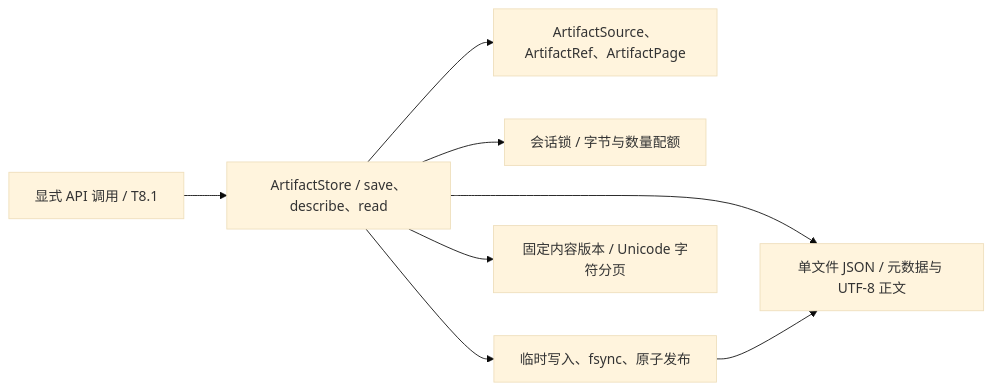
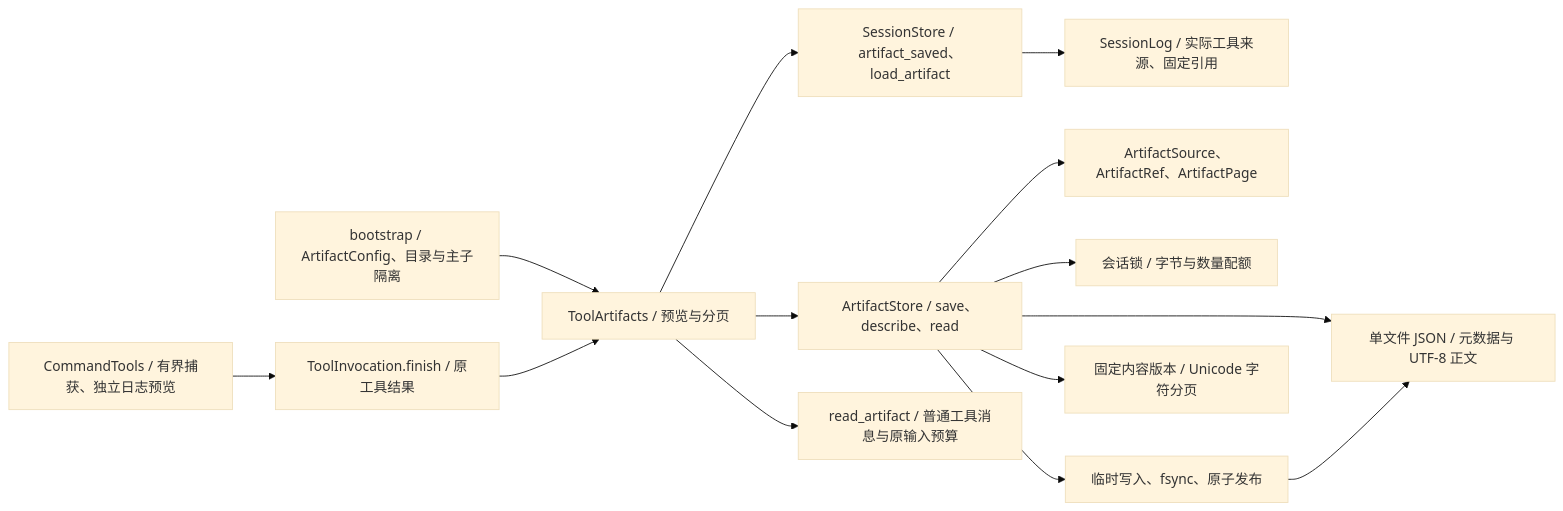
Before and after one commit to Plvltra/AdamAgent: the first of 21 diagrams in docs/architecture.md, drawn with Mermaid (base theme). The commit also changed other lines of this file and 24 other files, not shown here.

```diff
--- a/docs/architecture.md
+++ b/docs/architecture.md
@@ -13,10 +13,16 @@
 ~~~mermaid
 flowchart LR
-    ART_CALL["显式 API 调用 / T8.1"] --> ART_STORE["ArtifactStore / save、describe、read"]
+    ART_BOOT["bootstrap / ArtifactConfig、目录与主子隔离"] --> ART_SERVICE["ToolArtifacts / 预览与分页"]
+    ART_INV["ToolInvocation.finish / 原工具结果"] --> ART_SERVICE
+    ART_COMMAND["CommandTools / 有界捕获、独立日志预览"] --> ART_INV
+    ART_SERVICE --> ART_STORE["ArtifactStore / save、describe、read"]
+    ART_SERVICE --> ART_SESSION["SessionStore / artifact_saved、load_artifact"]
+    ART_SESSION --> ART_LOG["SessionLog / 实际工具来源、固定引用"]
+    ART_SERVICE --> ART_REG["read_artifact / 普通工具消息与原输入预算"]
     ART_STORE --> ART_VALUE["ArtifactSource、ArtifactRef、ArtifactPage"]
     ART_STORE --> ART_LOCK["会话锁 / 字节与数量配额"]
     ART_STORE --> ART_FILE["单文件 JSON / 元数据与 UTF-8 正文"]
     ART_STORE --> ART_PUBLISH["临时写入、fsync、原子发布"]
     ART_PUBLISH --> ART_FILE
     ART_STORE --> ART_PAGE["固定内容版本 / Unicode 字符分页"]
 ~~~
```
